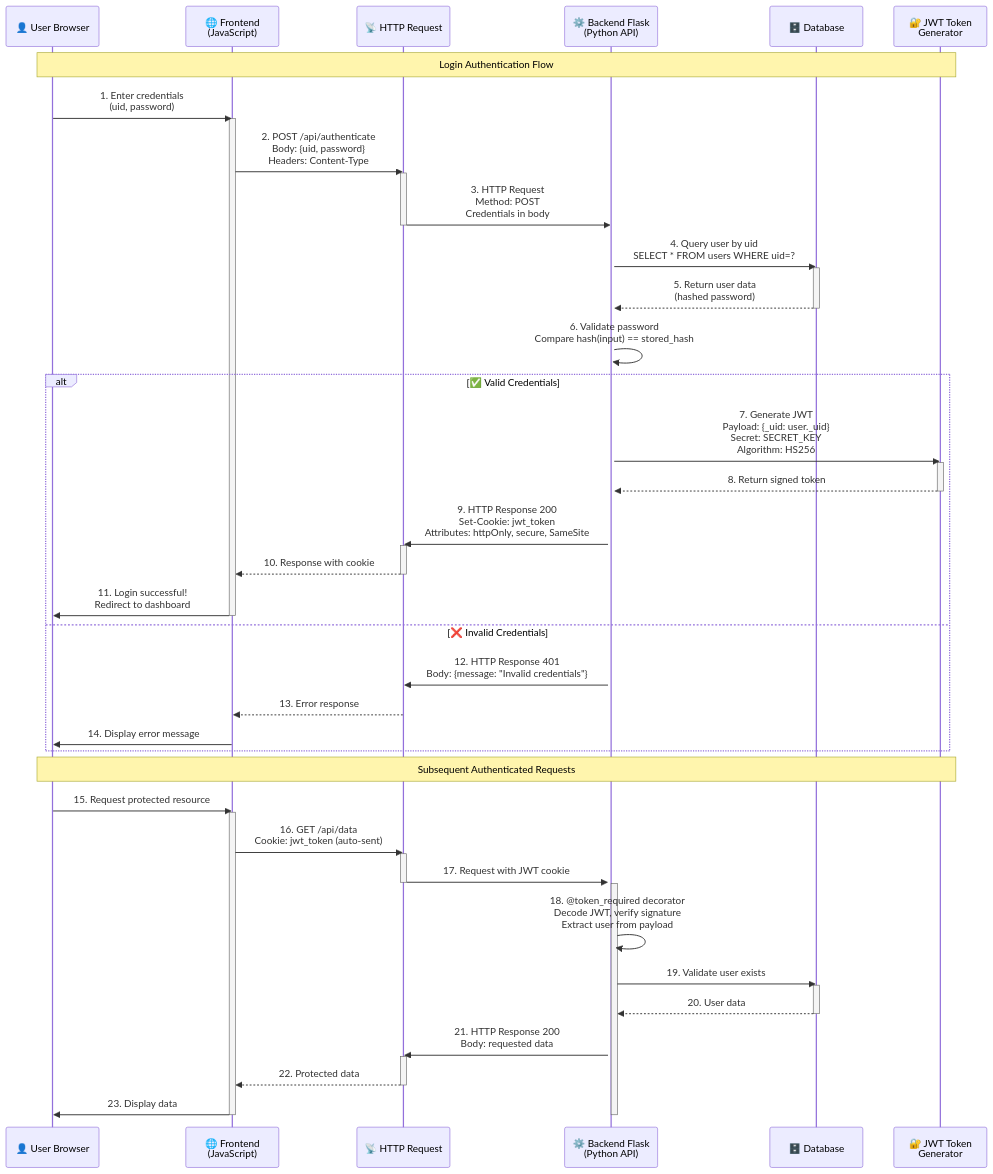
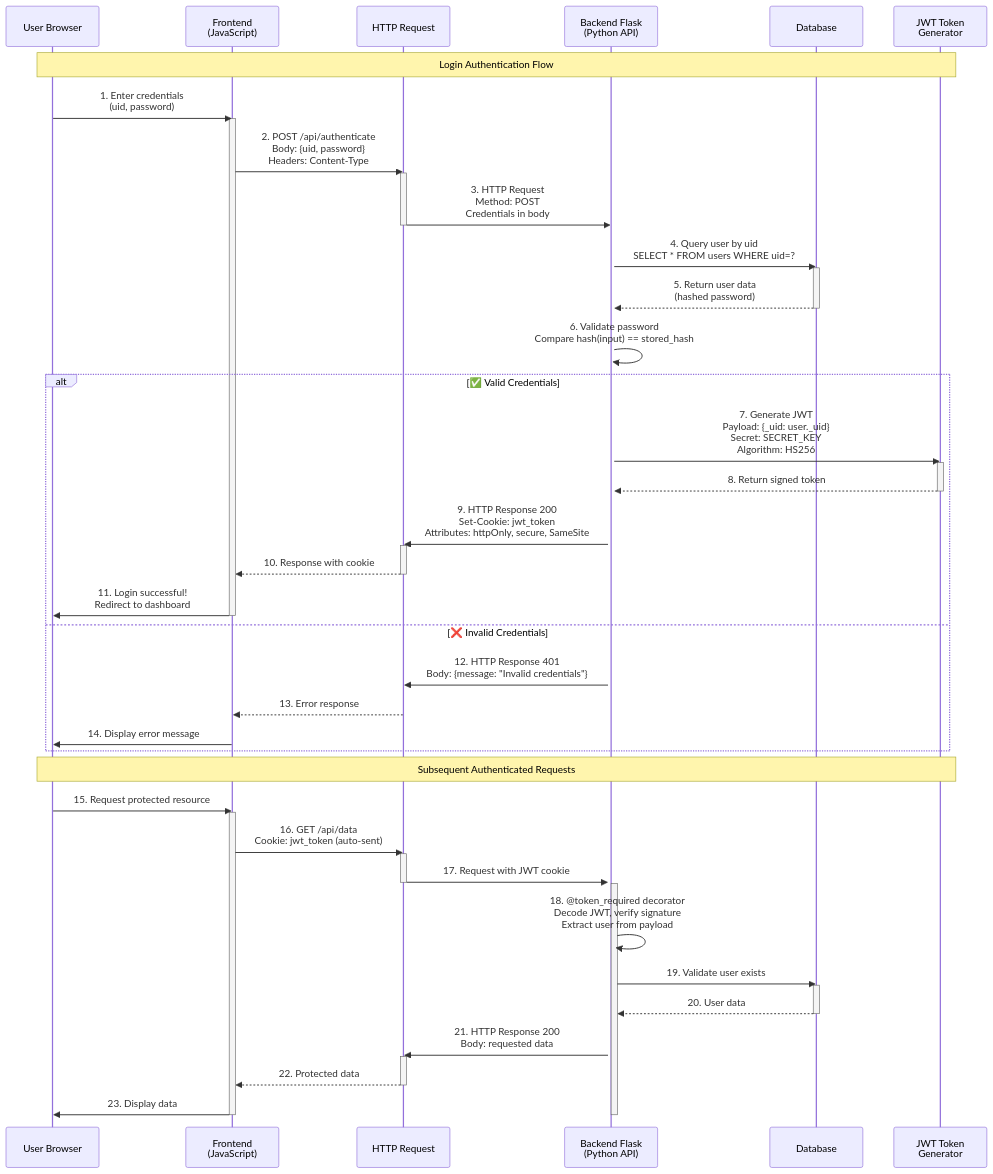
The diagram in _posts/CSP/flask/2024-01-25-flask-code-login-page.md (Open-Coding-Society/pages), drawn with Mermaid before and after one commit.

Commit message:
remove emojis

````diff
--- a/_posts/CSP/flask/2024-01-25-flask-code-login-page.md
+++ b/_posts/CSP/flask/2024-01-25-flask-code-login-page.md
@@ -29,73 +29,73 @@
 ```mermaid
 sequenceDiagram
-    participant User as 👤 User Browser
-    participant FE as 🌐 Frontend<br/>(JavaScript)
-    participant HTTP as 📡 HTTP Request
-    participant BE as ⚙️ Backend Flask<br/>(Python API)
-    participant DB as 🗄️ Database
-    participant JWT as 🔐 JWT Token<br/>Generator
+    participant User as User Browser
+    participant FE as Frontend<br/>(JavaScript)
+    participant HTTP as HTTP Request
+    participant BE as Backend Flask<br/>(Python API)
+    participant DB as Database
+    participant JWT as JWT Token<br/>Generator
 
     Note over User,JWT: Login Authentication Flow
 
     User->>FE: 1. Enter credentials<br/>(uid, password)
     activate FE
     
     FE->>HTTP: 2. POST /api/authenticate<br/>Body: {uid, password}<br/>Headers: Content-Type
     activate HTTP
     
     HTTP->>BE: 3. HTTP Request<br/>Method: POST<br/>Credentials in body
     deactivate HTTP
     activate BE
     
     BE->>DB: 4. Query user by uid<br/>SELECT * FROM users WHERE uid=?
     activate DB
     DB-->>BE: 5. Return user data<br/>(hashed password)
     deactivate DB
     
     BE->>BE: 6. Validate password<br/>Compare hash(input) == stored_hash
     
     alt ✅ Valid Credentials
         BE->>JWT: 7. Generate JWT<br/>Payload: {_uid: user._uid}<br/>Secret: SECRET_KEY<br/>Algorithm: HS256
         activate JWT
         JWT-->>BE: 8. Return signed token
         deactivate JWT
         
         BE->>HTTP: 9. HTTP Response 200<br/>Set-Cookie: jwt_token<br/>Attributes: httpOnly, secure, SameSite
         activate HTTP
         HTTP-->>FE: 10. Response with cookie
         deactivate HTTP
         
         FE->>User: 11. Login successful!<br/>Redirect to dashboard
         deactivate FE
         
     else ❌ Invalid Credentials
         BE->>HTTP: 12. HTTP Response 401<br/>Body: {message: "Invalid credentials"}
         HTTP-->>FE: 13. Error response
         FE->>User: 14. Display error message
     end
 
     Note over User,JWT: Subsequent Authenticated Requests
 
     User->>FE: 15. Request protected resource
     activate FE
     FE->>HTTP: 16. GET /api/data<br/>Cookie: jwt_token (auto-sent)
     activate HTTP
     HTTP->>BE: 17. Request with JWT cookie
     deactivate HTTP
     activate BE
     
     BE->>BE: 18. @token_required decorator<br/>Decode JWT, verify signature<br/>Extract user from payload
     
     BE->>DB: 19. Validate user exists
     activate DB
     DB-->>BE: 20. User data
     deactivate DB
     
     BE->>HTTP: 21. HTTP Response 200<br/>Body: requested data
     activate HTTP
     HTTP-->>FE: 22. Protected data
     deactivate HTTP
     FE->>User: 23. Display data
     deactivate BE
     deactivate FE
 ```
````
